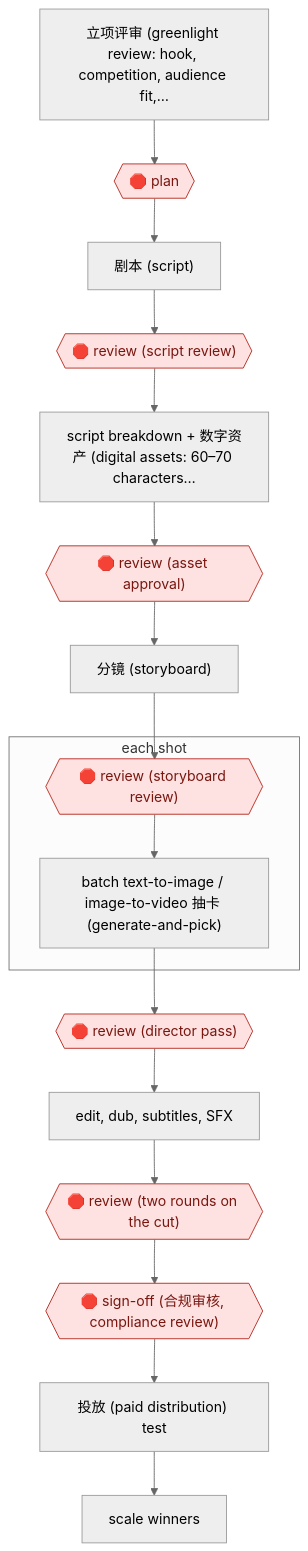
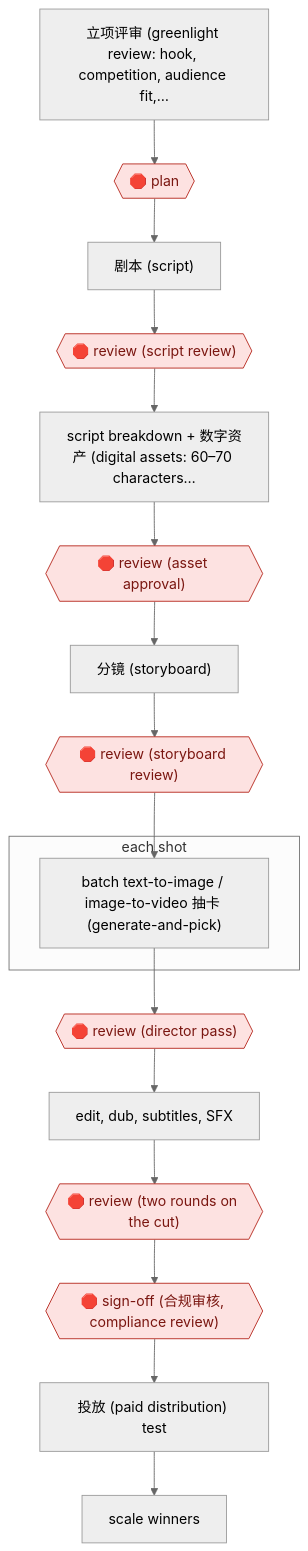
Before and after one commit to milesradford99/agent-workflow-atlas: the diagram in workflows/CRE/MED/SHORTDRAMA/gated-ai-manju-line/README.md, drawn with Mermaid (neutral theme). The commit also changed other lines of this file and 171 other files, not shown here.

````diff
--- a/workflows/CRE/MED/SHORTDRAMA/gated-ai-manju-line/README.md
+++ b/workflows/CRE/MED/SHORTDRAMA/gated-ai-manju-line/README.md
@@ -31,35 +31,35 @@
 ```mermaid
 flowchart TD
   n1["立项评审 (greenlight review: hook, competition, audience fit,…"]
   n2{{"🛑 plan"}}:::stop
-  n1 --> n2
   n3["剧本 (script)"]
-  n2 --> n3
   n4{{"🛑 review (script review)"}}:::stop
-  n3 --> n4
   n5["script breakdown + 数字资产 (digital assets: 60–70 characters…"]
-  n4 --> n5
   n6{{"🛑 review (asset approval)"}}:::stop
-  n5 --> n6
   n7["分镜 (storyboard)"]
-  n6 --> n7
   n8{{"🛑 review (storyboard review)"}}:::stop
-  n7 --> n8
   subgraph s9["each shot"]
   n10["batch text-to-image / image-to-video 抽卡 (generate-and-pick)"]
-  n8 --> n10
   end
   n11{{"🛑 review (director pass)"}}:::stop
+  n12["edit, dub, subtitles, SFX"]
+  n13{{"🛑 review (two rounds on the cut)"}}:::stop
+  n14{{"🛑 sign-off (合规审核, compliance review)"}}:::stop
+  n15["投放 (paid distribution) test"]
+  n16["scale winners"]
+  n1 --> n2
+  n2 --> n3
+  n3 --> n4
+  n4 --> n5
+  n5 --> n6
+  n6 --> n7
+  n7 --> n8
+  n8 --> n10
   n10 --> n11
-  n12["edit, dub, subtitles, SFX"]
   n11 --> n12
-  n13{{"🛑 review (two rounds on the cut)"}}:::stop
   n12 --> n13
-  n14{{"🛑 sign-off (合规审核, compliance review)"}}:::stop
   n13 --> n14
-  n15["投放 (paid distribution) test"]
   n14 --> n15
-  n16["scale winners"]
   n15 --> n16
   classDef stop fill:#fde2e1,stroke:#b42318,color:#7a1610
 ```
````
